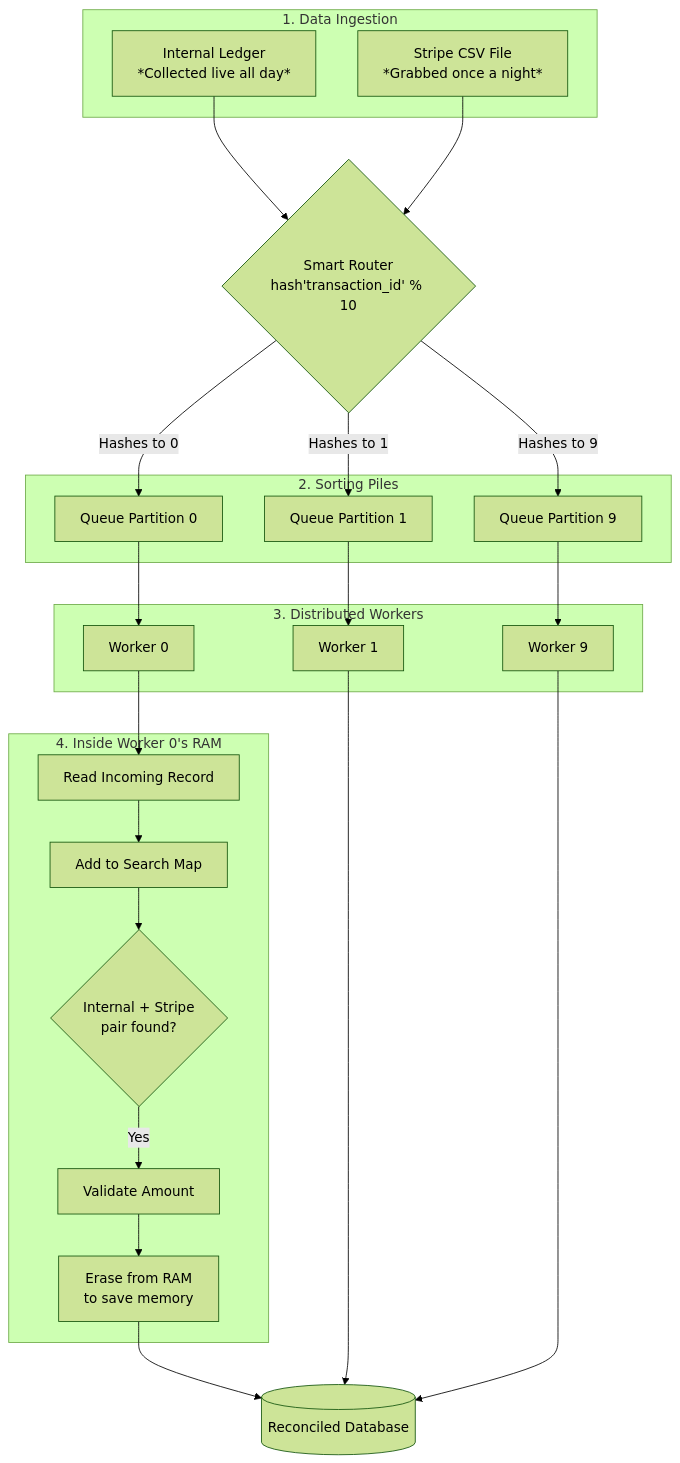
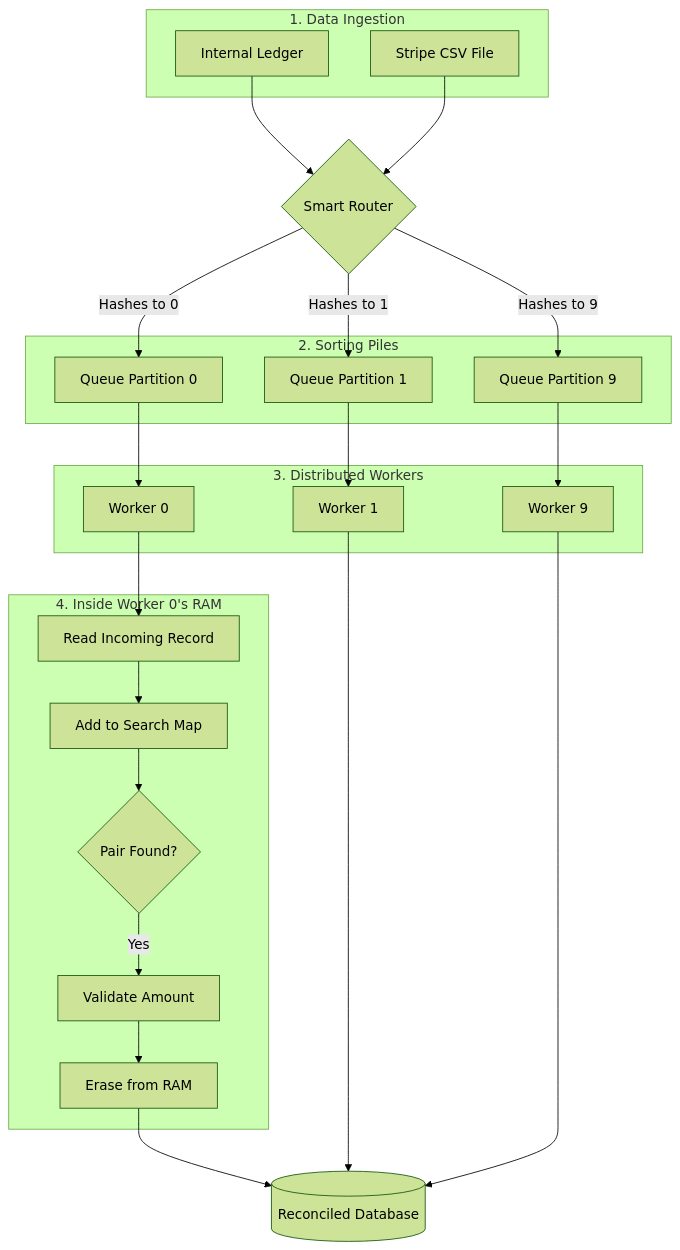
Before and after one commit to Chandra179/atlas: the second of 2 diagrams in blog/astro/src/content/docs/reconcile-service.md, drawn with Mermaid (forest theme). The commit also changed 3 other files, not shown here.

````diff
--- a/blog/astro/src/content/docs/reconcile-service.md
+++ b/blog/astro/src/content/docs/reconcile-service.md
@@ -103,50 +103,50 @@
 ```mermaid
 flowchart TD
     %% Sources
     subgraph Data_Ingestion [1. Data Ingestion]
-        A[Internal Ledger<br/>*Collected live all day*]
-        B[Stripe CSV File<br/>*Grabbed once a night*]
+        A[Internal Ledger]
+        B[Stripe CSV File]
     end
 
     %% Router
     A --> C
     B --> C
-    C{Smart Router<br/>hash'transaction_id' % 10}
+    C{Smart Router}
 
     %% Queues
     subgraph Partition_Queues [2. Sorting Piles]
         P0[Queue Partition 0]
         P1[Queue Partition 1]
         P_N[Queue Partition 9]
     end
 
     C -->|Hashes to 0| P0
     C -->|Hashes to 1| P1
     C -->|Hashes to 9| P_N
 
     %% Workers
     subgraph Worker_Nodes [3. Distributed Workers]
         W0[Worker 0]
         W1[Worker 1]
         WN[Worker 9]
     end
 
     P0 --> W0
     P1 --> W1
     P_N --> WN
 
     %% Worker Detail 
     subgraph In_Memory_Matching [4. Inside Worker 0's RAM]
         M1[Read Incoming Record] --> M2[Add to Search Map]
-        M2 --> M3{Internal + Stripe<br/>pair found?}
+        M2 --> M3{Pair Found?}
         M3 -->|Yes| M4[Validate Amount]
-        M4 --> M5[Erase from RAM<br/>to save memory]
+        M4 --> M5[Erase from RAM]
     end
 
     W0 --> M1
 
     %% Target
     M5 --> DB[(Reconciled Database)]
     W1 --> DB
     WN --> DB
 ```
````
